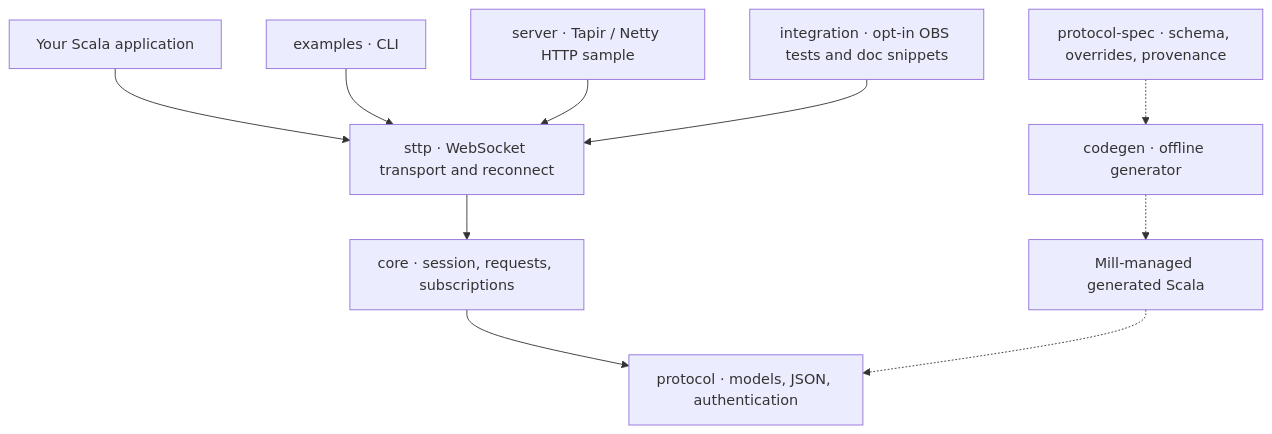
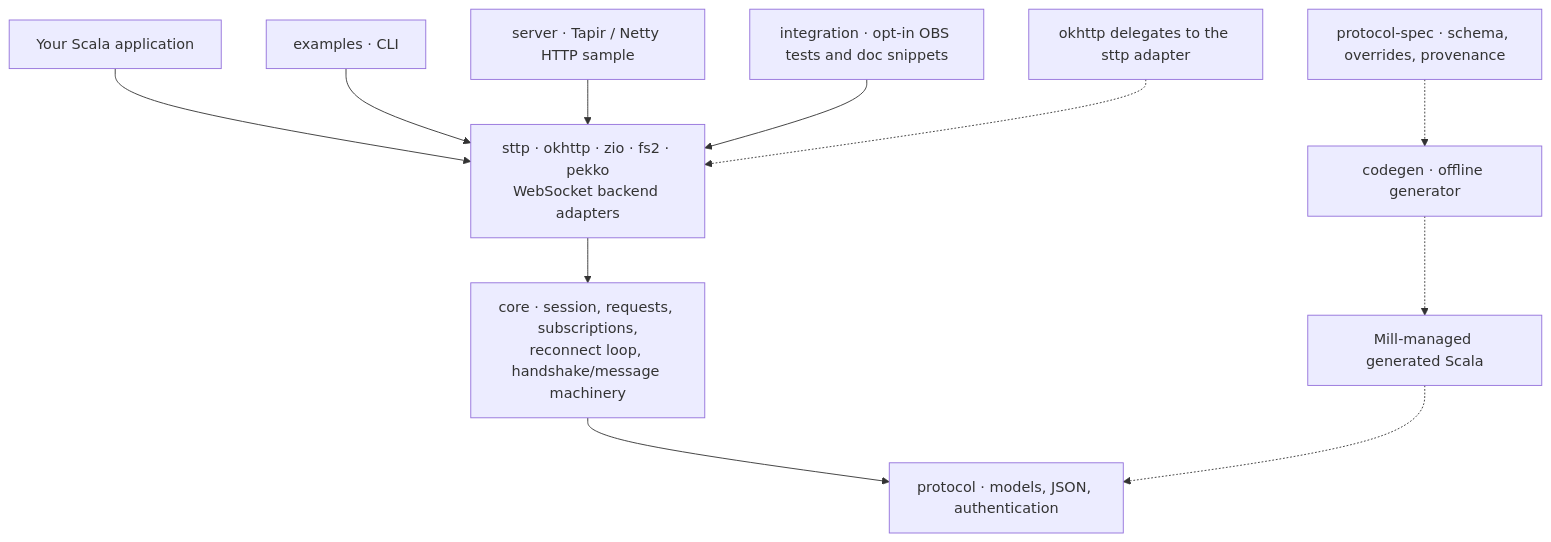
The first of 5 diagrams in docs/architecture.md (worxbend/obs-websocket-client), drawn with Mermaid before and after one commit. The commit also changed other lines of this file and 75 other files, not shown here.

Commit message:
feat: split library into per-backend artifacts (okhttp, zio, fs2, pekko)

````diff
--- a/docs/architecture.md
+++ b/docs/architecture.md
@@ -11,13 +11,14 @@
 ```mermaid
 %% asset: modules.svg
 flowchart TB
-    App["Your Scala application"] --> Sttp["sttp · WebSocket transport and reconnect"]
-    Examples["examples · CLI"] --> Sttp
-    Server["server · Tapir / Netty HTTP sample"] --> Sttp
-    Integration["integration · opt-in OBS tests and doc snippets"] --> Sttp
-    Sttp --> Core["core · session, requests, subscriptions"]
+    App["Your Scala application"] --> Backends["sttp · okhttp · zio · fs2 · pekko<br/>WebSocket backend adapters"]
+    Examples["examples · CLI"] --> Backends
+    Server["server · Tapir / Netty HTTP sample"] --> Backends
+    Integration["integration · opt-in OBS tests and doc snippets"] --> Backends
+    OkhttpNote["okhttp delegates to the sttp adapter"] -.-> Backends
+    Backends --> Core["core · session, requests, subscriptions,<br/>reconnect loop, handshake/message machinery"]
     Core --> Protocol["protocol · models, JSON, authentication"]
     Spec["protocol-spec · schema, overrides, provenance"] -.-> Generator["codegen · offline generator"]
     Generator -.-> Generated["Mill-managed generated Scala"]
     Generated -.-> Protocol
 ```
````
